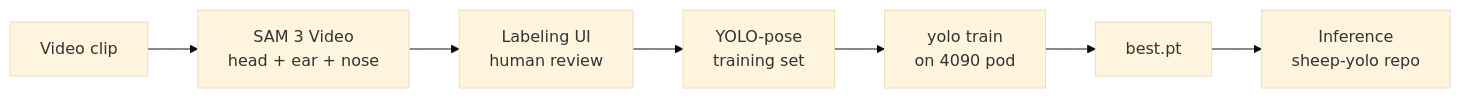
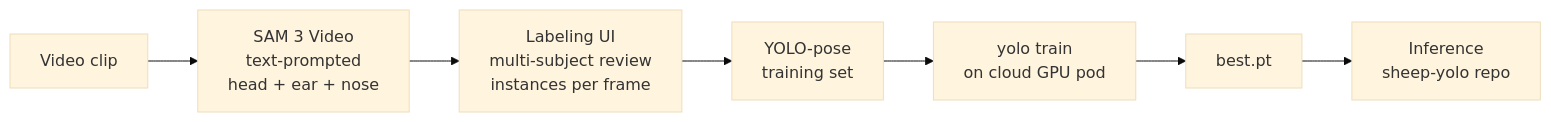
One commit to antonemking/SamSeesSheep changed the diagram in README.md. Above: the diagram before and after it, drawn with Mermaid (base theme). The commit also changed other lines of this file and 2 other files, not shown here.

First line of the commit message:
Docs + labeler UI: reflect SAM 3 multi-subject pipeline and cloud-GPU pod

````diff
--- a/README.md
+++ b/README.md
@@ -9,9 +11,9 @@
 ```mermaid
 graph LR
-    A[Video clip] --> B[SAM 3 Video<br/>head + ear + nose]
-    B --> C[Labeling UI<br/>human review]
+    A[Video clip] --> B[SAM 3 Video<br/>text-prompted<br/>head + ear + nose]
+    B --> C[Labeling UI<br/>multi-subject review<br/>instances per frame]
     C --> D[YOLO-pose<br/>training set]
-    D --> E[yolo train<br/>on 4090 pod]
+    D --> E[yolo train<br/>on cloud GPU pod]
     E --> F[best.pt]
     F --> G[Inference<br/>sheep-yolo repo]
 ```
````
